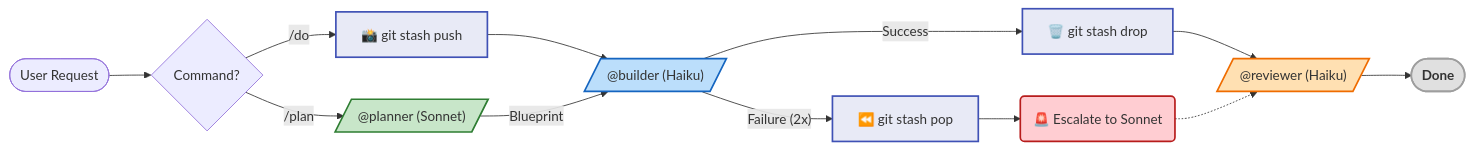
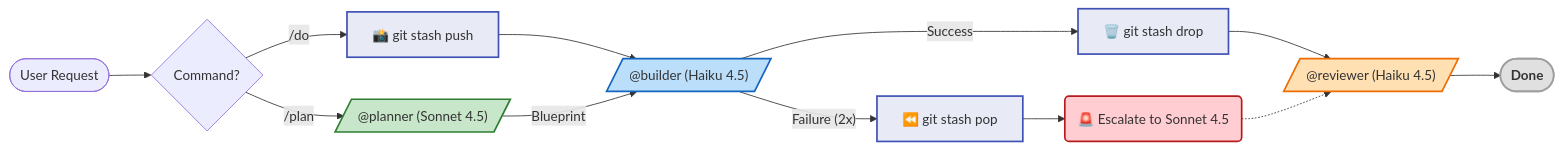
One commit to move-hoon/claude-pro-minmax changed the diagram in README.md. Above: the diagram before and after it, drawn with Mermaid. The commit also changed other lines of this file and 1 other file, not shown here.

````diff
--- a/README.md
+++ b/README.md
@@ -75,31 +75,31 @@
 ```mermaid
 flowchart LR
     Start([User Request]) --> Cmd{Command?}
 
-    Cmd -->|/plan| Plan[/"@planner (Sonnet)"/]
+    Cmd -->|/plan| Plan[/"@planner (Sonnet 4.5)"/]
     Cmd -->|/do| Snap["📸 git stash push"]
 
-    Snap --> Build[/"@builder (Haiku)"/]
+    Snap --> Build[/"@builder (Haiku 4.5)"/]
     Plan -->|Blueprint| Build
     Build -- "Success" --> Drop["🗑️ git stash drop"]
-    Drop --> Review[/"@reviewer (Haiku)"/]
+    Drop --> Review[/"@reviewer (Haiku 4.5)"/]
     Build -- "Failure (2x)" --> Pop["⏪ git stash pop"]
-    Pop --> Escalate("🚨 Escalate to Sonnet")
+    Pop --> Escalate("🚨 Escalate to Sonnet 4.5")
 
     Review --> Done([Done])
     Escalate -.-> Review
 
     classDef planner fill:#c8e6c9,stroke:#2e7d32,stroke-width:2px;
     classDef builder fill:#bbdefb,stroke:#1565c0,stroke-width:2px;
     classDef reviewer fill:#ffe0b2,stroke:#ef6c00,stroke-width:2px;
     classDef escalate fill:#ffcdd2,stroke:#b71c1c,stroke-width:2px;
     classDef done fill:#e0e0e0,stroke:#9e9e9e,stroke-width:2px,font-weight:bold;
     classDef snapshot fill:#e8eaf6,stroke:#3f51b5,stroke-width:2px;
 
     class Plan planner;
     class Build builder;
     class Review reviewer;
     class Escalate escalate;
     class Done done;
     class Snap,Drop,Pop snapshot;
 ```
````
